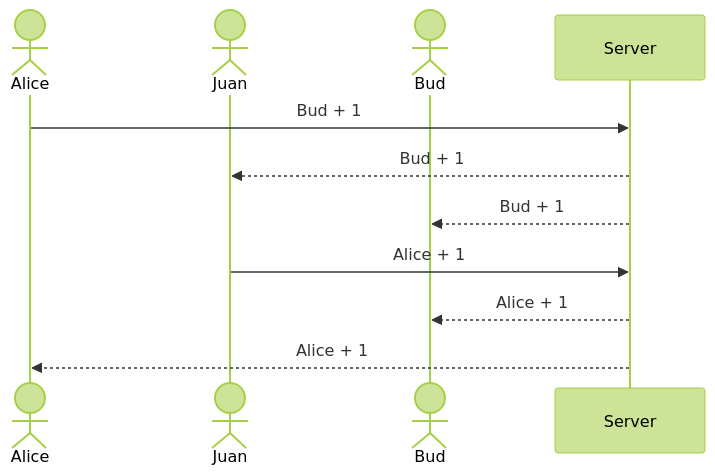
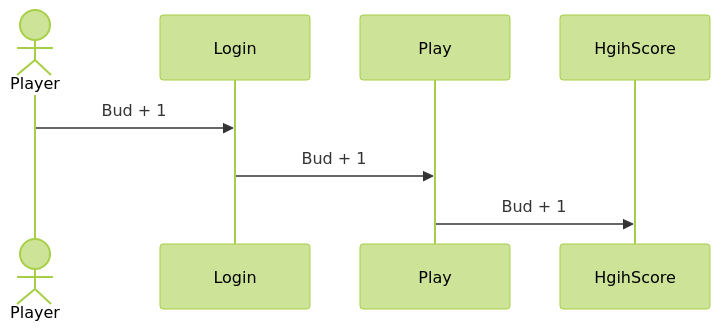
One commit to ChloeWarner03/startup changed the diagram in README.md. Above: the diagram before and after it, drawn with Mermaid (forest theme).

Commit message:
Update README.md
more changes to diagram

````diff
--- a/README.md
+++ b/README.md
@@ -35,12 +35,8 @@
 ```mermaid
 sequenceDiagram
-    actor Alice
-    actor Juan
-    actor Bud
-    Alice->>Server: Bud + 1
-    Server -->>Juan: Bud + 1
-    Server -->>Bud: Bud + 1
-    Juan->>Server: Alice + 1
-    Server -->>Bud: Alice + 1
-    Server -->>Alice: Alice + 1
+    actor Player
+    Player->>Login: Bud + 1
+    Login ->>Play: Bud + 1
+    Play ->>HgihScore: Bud + 1
+
 ```
````
